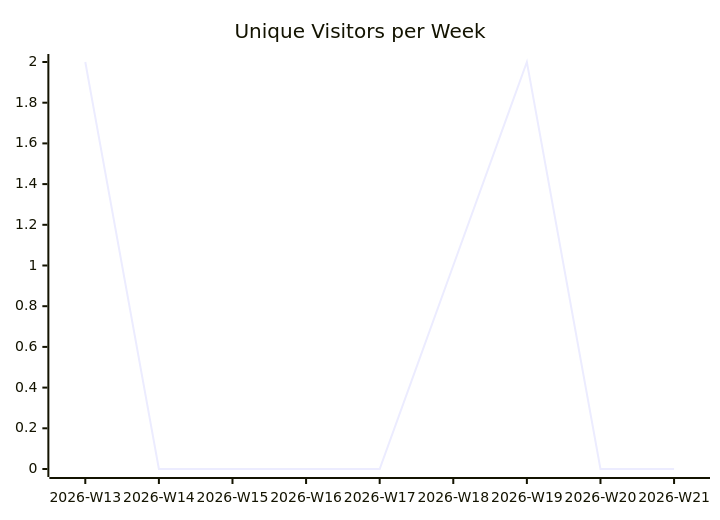
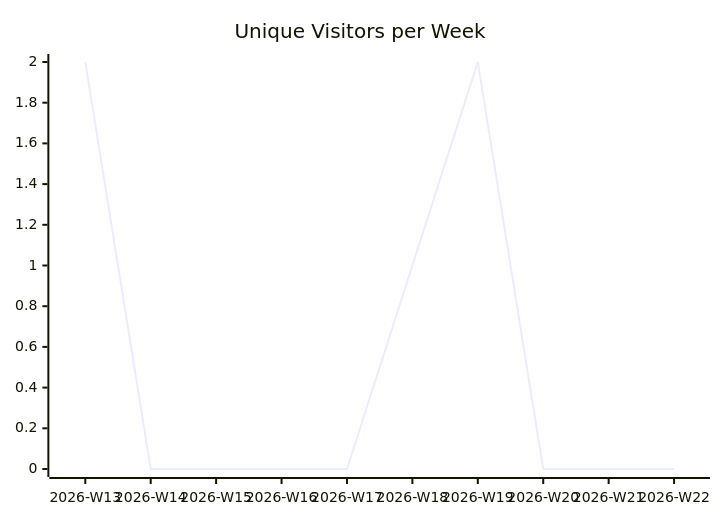
One commit to justdavis-family/github-analytics-data changed the first of 3 diagrams in karlmdavis/kxml2/README.md. Above: the diagram before and after it, drawn with Mermaid. The commit also changed other lines of this file and 190 other files, not shown here.

````diff
--- a/karlmdavis/kxml2/README.md
+++ b/karlmdavis/kxml2/README.md
@@ -5,6 +5,6 @@
 ```mermaid
 xychart-beta
   title "Unique Visitors per Week"
-  x-axis ["2026-W13", "2026-W14", "2026-W15", "2026-W16", "2026-W17", "2026-W18", "2026-W19", "2026-W20", "2026-W21"]
-  line [2, 0, 0, 0, 0, 1, 2, 0, 0]
+  x-axis ["2026-W13", "2026-W14", "2026-W15", "2026-W16", "2026-W17", "2026-W18", "2026-W19", "2026-W20", "2026-W21", "2026-W22"]
+  line [2, 0, 0, 0, 0, 1, 2, 0, 0, 0]
 ```
````
